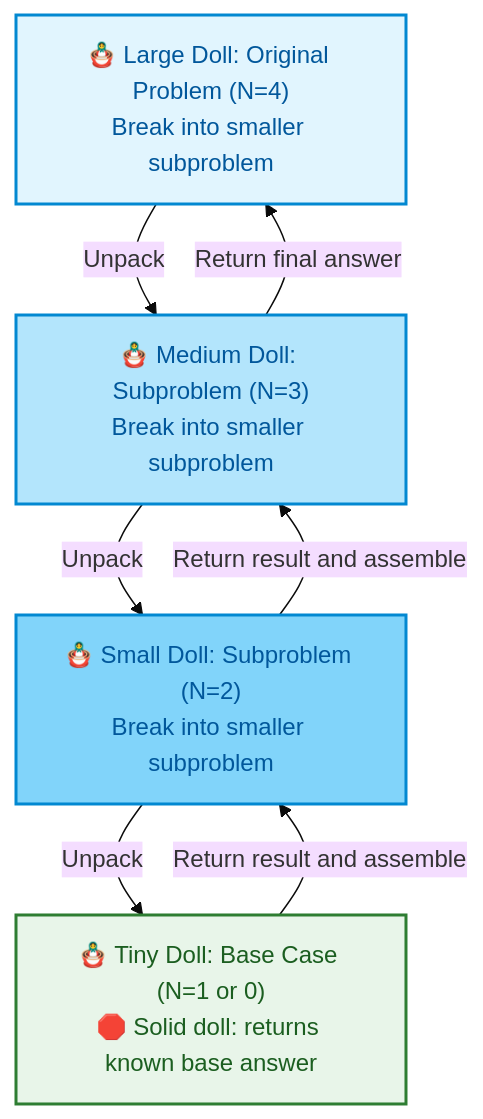
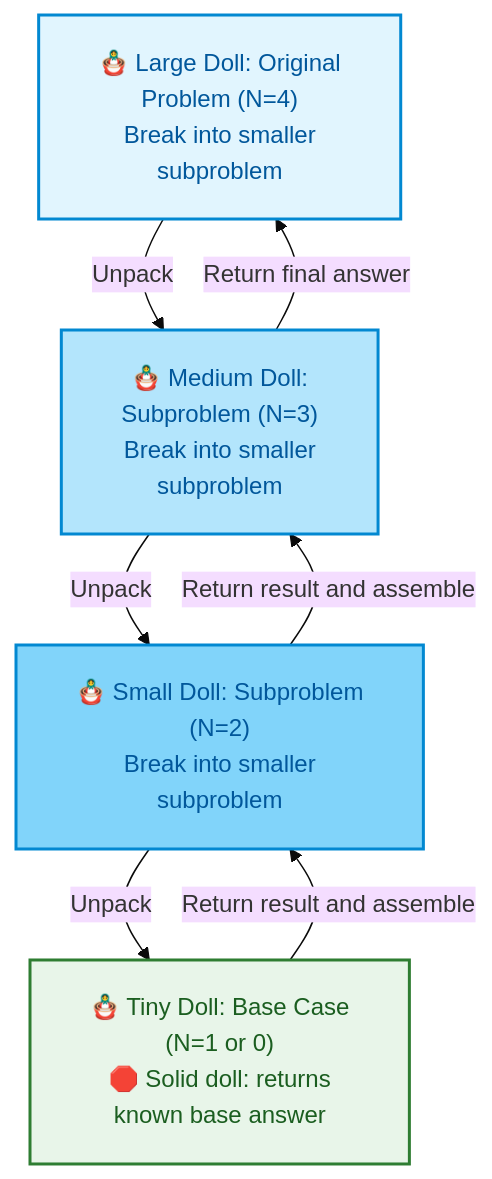
Before and after one commit to dip4k/DSA_102: the diagram in week_01_foundations_i_computational_fundamentals/WEEK_01_FULL_PLAYBOOK.md, drawn with Mermaid (base theme). The commit also changed 108 other files, not shown here.

First line of the commit message:
fix(mermaid): resolve diagram clipping, padding, and syntax issues across repo

````diff
--- a/week_01_foundations_i_computational_fundamentals/WEEK_01_FULL_PLAYBOOK.md
+++ b/week_01_foundations_i_computational_fundamentals/WEEK_01_FULL_PLAYBOOK.md
@@ -1140,19 +1140,20 @@
 ```mermaid
+%%{init: {"flowchart": {"htmlLabels": true, "padding": 20}}}%%
 flowchart TD
     classDef dollLarge fill:#e1f5fe,stroke:#0288d1,stroke-width:2px,color:#01579b
     classDef dollMed fill:#b3e5fc,stroke:#0288d1,stroke-width:2px,color:#01579b
     classDef dollSmall fill:#81d4fa,stroke:#0288d1,stroke-width:2px,color:#01579b
     classDef baseDoll fill:#e8f5e9,stroke:#2e7d32,stroke-width:2px,color:#1b5e20
 
-    D4["🪆 Large Doll: Original Problem (N=4)<br/>Break into smaller subproblem"]:::dollLarge
-    D3["🪆 Medium Doll: Subproblem (N=3)<br/>Break into smaller subproblem"]:::dollMed
-    D2["🪆 Small Doll: Subproblem (N=2)<br/>Break into smaller subproblem"]:::dollSmall
-    D1["🪆 Tiny Doll: Base Case (N=1 or 0)<br/>🛑 Solid doll: returns known base answer"]:::baseDoll
+    D4["🪆 Large Doll: Original<br/>Problem (N=4)<br/>Break into smaller<br/>subproblem"]:::dollLarge
+    D3["🪆 Medium Doll:<br/>Subproblem (N=3)<br/>Break into smaller<br/>subproblem"]:::dollMed
+    D2["🪆 Small Doll: Subproblem<br/>(N=2)<br/>Break into smaller<br/>subproblem"]:::dollSmall
+    D1["🪆 Tiny Doll: Base Case<br/>(N=1 or 0)<br/>🛑 Solid doll: returns<br/>known base answer"]:::baseDoll
 
     D4 -->|"Unpack"| D3
     D3 -->|"Unpack"| D2
     D2 -->|"Unpack"| D1
     D1 -->|"Return result and assemble"| D2
     D2 -->|"Return result and assemble"| D3
     D3 -->|"Return final answer"| D4
 ```
````
